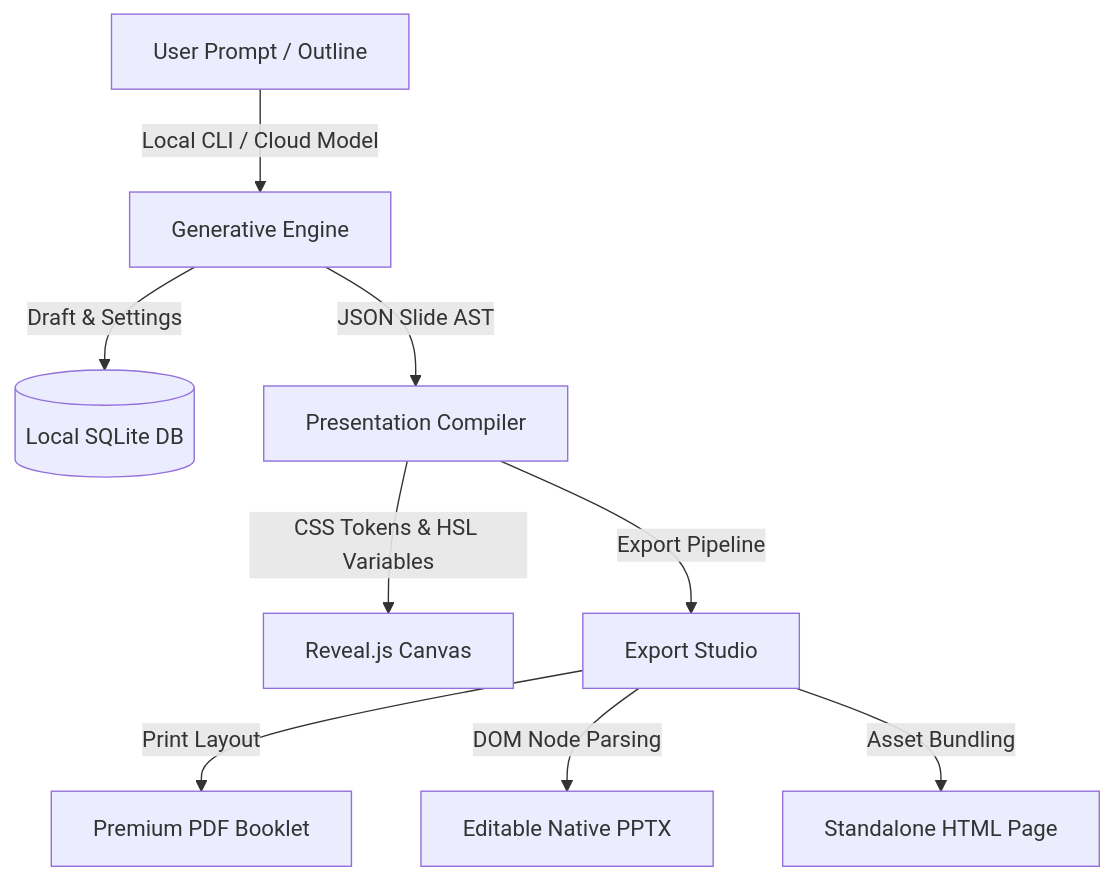
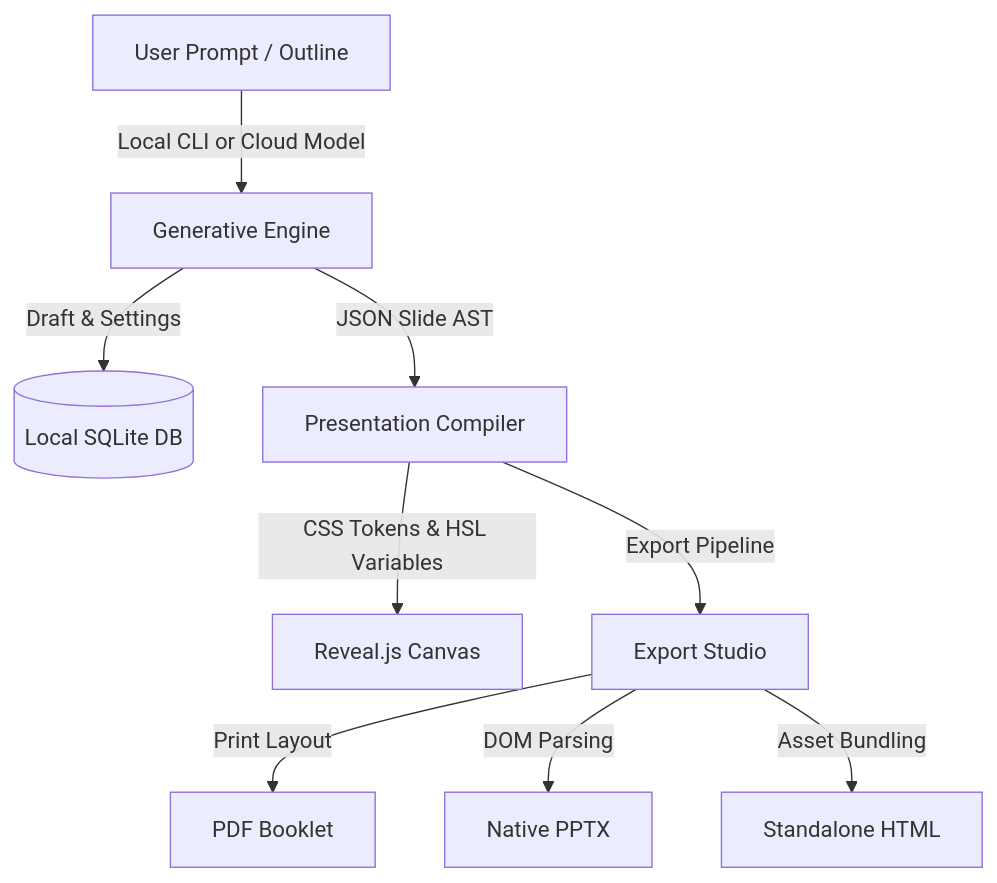
The diagram in README.md (senapati484/opengamma), drawn with Mermaid before and after one commit. The commit also changed other lines of this file, not shown here.

````diff
--- a/README.md
+++ b/README.md
@@ -111,11 +122,11 @@
 ```mermaid
 flowchart TD
-    A[User Prompt / Outline] -->|Local CLI / Cloud Model| B[Generative Engine]
+    A[User Prompt / Outline] -->|Local CLI or Cloud Model| B[Generative Engine]
     B -->|Draft & Settings| C[(Local SQLite DB)]
     B -->|JSON Slide AST| D[Presentation Compiler]
     D -->|CSS Tokens & HSL Variables| E[Reveal.js Canvas]
     D -->|Export Pipeline| F[Export Studio]
-    F -->|Print Layout| G[Premium PDF Booklet]
-    F -->|DOM Node Parsing| H[Editable Native PPTX]
-    F -->|Asset Bundling| I[Standalone HTML Page]
+    F -->|Print Layout| G[PDF Booklet]
+    F -->|DOM Parsing| H[Native PPTX]
+    F -->|Asset Bundling| I[Standalone HTML]
 ```
````
